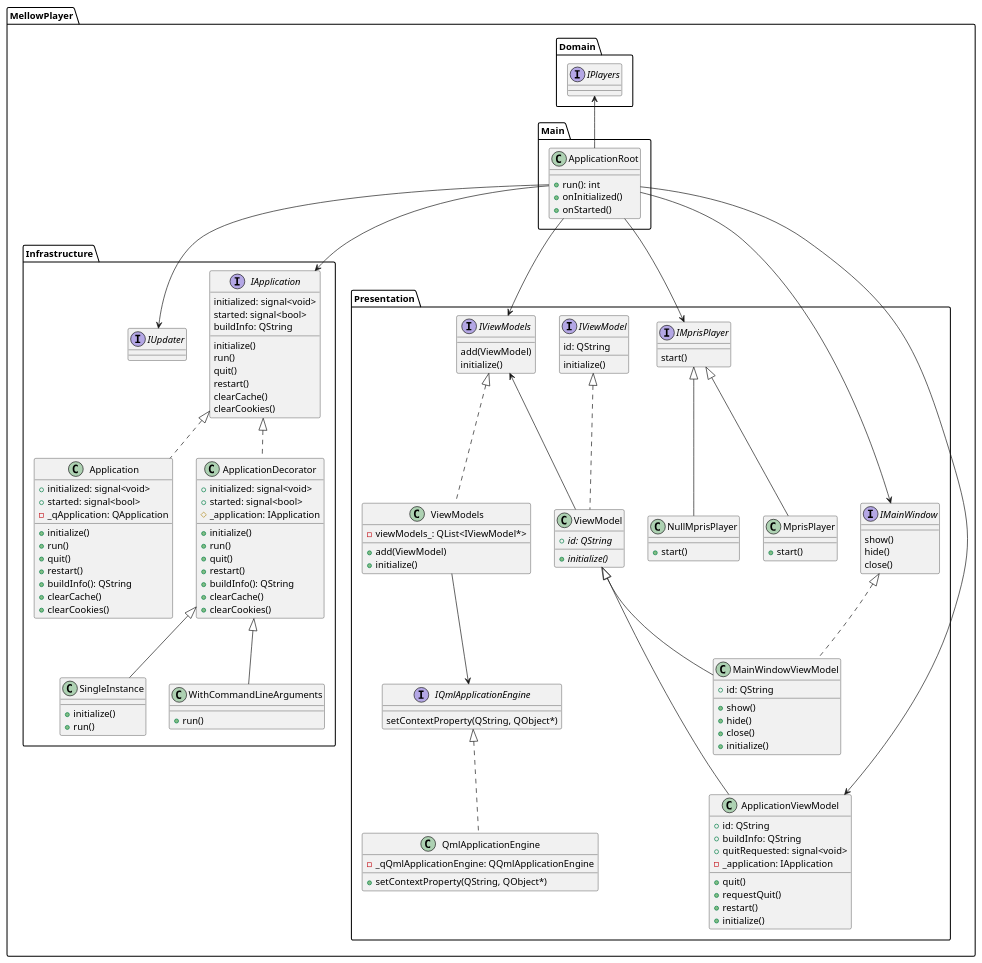
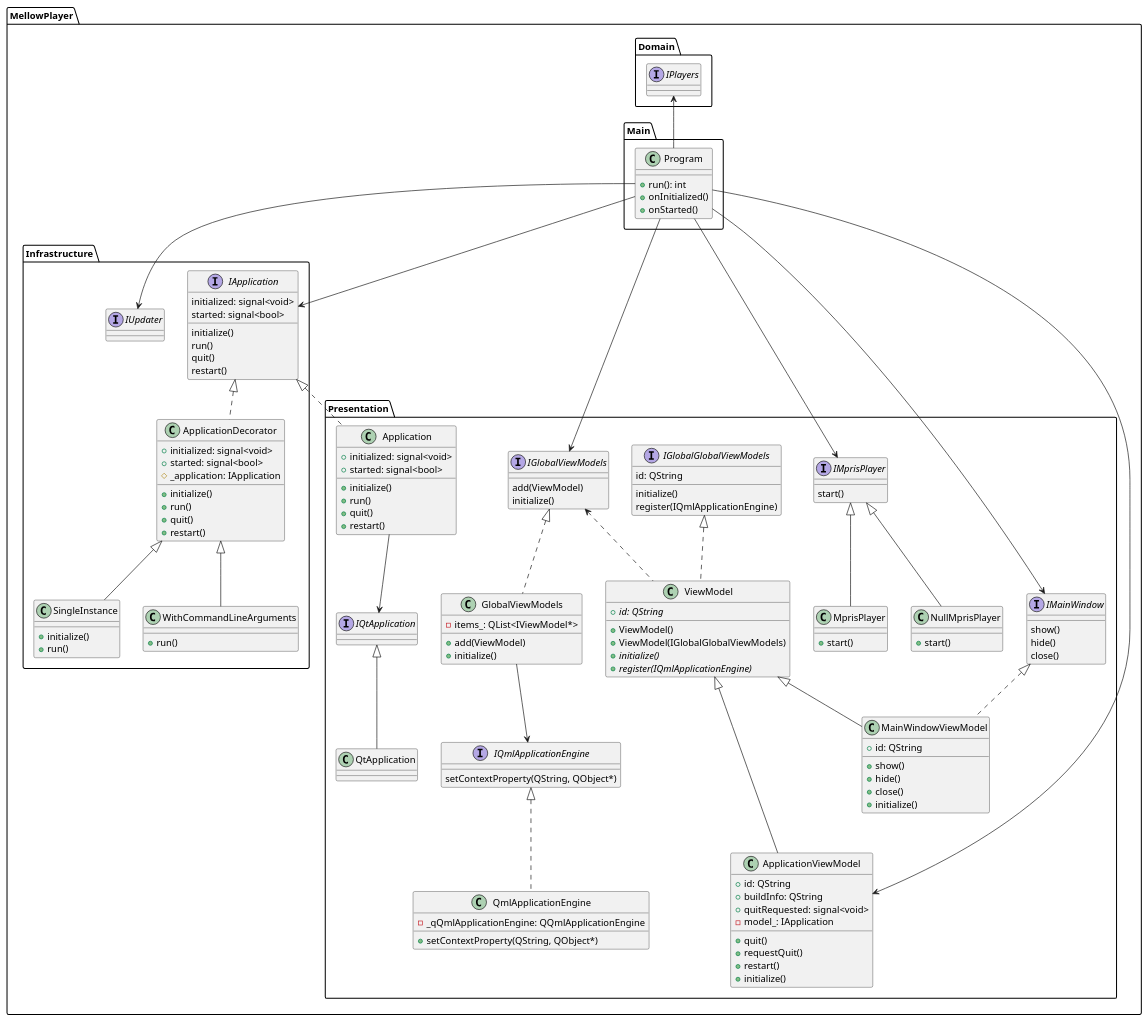
Before and after one commit to ColinDuquesnoy/MellowPlayer: the diagram in docs/developers/PlantUml/Application.puml, drawn with PlantUML. The commit also changed 2 other files, not shown here.

Commit message:
Work on new application design

```diff
--- a/docs/developers/PlantUml/Application.puml
+++ b/docs/developers/PlantUml/Application.puml
@@ -1,171 +1,172 @@
 @startuml
 
 namespace MellowPlayer.Main {
-    class ApplicationRoot {
+    class Program {
         + run(): int
         + onInitialized()
         + onStarted()
 
     }
-    ApplicationRoot --> MellowPlayer.Infrastructure.IApplication
-    ApplicationRoot --> MellowPlayer.Presentation.IViewModels
-    ApplicationRoot --> MellowPlayer.Presentation.IMainWindow
-    ApplicationRoot --> MellowPlayer.Presentation.IMprisPlayer
-    ApplicationRoot --> MellowPlayer.Presentation.ApplicationViewModel
-    ApplicationRoot -up-> MellowPlayer.Domain.IPlayers
-    ApplicationRoot --> MellowPlayer.Infrastructure.IUpdater
+    Program --> MellowPlayer.Infrastructure.IApplication
+    Program --> MellowPlayer.Presentation.IGlobalViewModels
+    Program --> MellowPlayer.Presentation.IMainWindow
+    Program --> MellowPlayer.Presentation.IMprisPlayer
+    Program --> MellowPlayer.Presentation.ApplicationViewModel
+    Program -up-> MellowPlayer.Domain.IPlayers
+    Program --> MellowPlayer.Infrastructure.IUpdater
 }
 
 namespace MellowPlayer.Domain {
     interface IPlayers
 }
 
 namespace MellowPlayer.Infrastructure {
     interface IUpdater
 
     interface IApplication {
         initialized: signal<void>
         started: signal<bool>
         initialize()
         run()
         quit()
         restart()
-        buildInfo: QString
-        clearCache()
-        clearCookies()
     }
-
-    class Application {
-        + initialized: signal<void>
-        + started: signal<bool>
-        - _qApplication: QApplication
-        + initialize()
-        + run()
-        + quit()
-        + restart()
-        + buildInfo(): QString
-        + clearCache()
-        + clearCookies()
-    }
-    IApplication <|.. Application
 
     class ApplicationDecorator {
         + initialized: signal<void>
         + started: signal<bool>
         # _application: IApplication
         + initialize()
         + run()
         + quit()
         + restart()
-        + buildInfo(): QString
-        + clearCache()
-        + clearCookies()
     }
 
     IApplication <|.. ApplicationDecorator
 
     class SingleInstance {
         + initialize()
         + run()
     }
     ApplicationDecorator <|-- SingleInstance
 
     class WithCommandLineArguments {
         + run()
     }
     ApplicationDecorator <|-- WithCommandLineArguments
 }
 
 namespace MellowPlayer.Presentation {
+    interface IQtApplication {
+    }
+    class QtApplication {
+
+    }
+    IQtApplication <|-- QtApplication
+    class Application {
+        + initialized: signal<void>
+        + started: signal<bool>
+        + initialize()
+        + run()
+        + quit()
+        + restart()
+    }
+    MellowPlayer.Infrastructure.IApplication <|.. Application
+    Application -down-> IQtApplication
+
     interface IQmlApplicationEngine {
         setContextProperty(QString, QObject*)
     }
     class QmlApplicationEngine {
         - _qQmlApplicationEngine: QQmlApplicationEngine
         +setContextProperty(QString, QObject*)
     }
     IQmlApplicationEngine <|.. QmlApplicationEngine
 
-    interface IViewModel {
+    interface IGlobalGlobalViewModels {
         id: QString
         initialize()
+        register(IQmlApplicationEngine)
     }
 
     class ViewModel {
+        + ViewModel()
+        + ViewModel(IGlobalGlobalViewModels)
         + {abstract} id: QString
         + {abstract} initialize()
+        + {abstract} register(IQmlApplicationEngine)
     }
-    IViewModel <|.. ViewModel
-    ViewModel -up-> IViewModels
+    IGlobalGlobalViewModels <|.. ViewModel
+    ViewModel .up.> IGlobalViewModels
 
-    interface IViewModels {
+    interface IGlobalViewModels {
         add(ViewModel)
         initialize()
     }
 
-    class ViewModels {
-        - viewModels_: QList<IViewModel*>
+    class GlobalViewModels {
+        - items_: QList<IViewModel*>
         + add(ViewModel)
         + initialize()
     }
-    IViewModels <|.. ViewModels
-    ViewModels --> IQmlApplicationEngine
+    IGlobalViewModels <|.. GlobalViewModels
+    GlobalViewModels --> IQmlApplicationEngine
 
     class ApplicationViewModel {
         + id: QString
         + buildInfo: QString
         + quitRequested: signal<void>
         + quit()
         + requestQuit()
         + restart()
         + initialize()
-        - _application: IApplication
+        - model_: IApplication
     }
     ViewModel <|--- ApplicationViewModel
 
     interface IMainWindow {
         show()
         hide()
         close()
     }
 
     class MainWindowViewModel {
         + id: QString
         + show()
         + hide()
         + close()
         + initialize()
     }
     IMainWindow <|.. MainWindowViewModel
     ViewModel <|-- MainWindowViewModel
 
     interface IMprisPlayer {
         start()
     }
     class MprisPlayer {
         + start()
     }
     IMprisPlayer <|-- MprisPlayer
 
     class NullMprisPlayer {
         + start()
     }
     IMprisPlayer <|-- NullMprisPlayer
 
 }
 
 
 'note bottom
 '
 'int main(argc, argv) {
 '    QApplication qtApp(argc, argv); // bound by instance in injector
 '    // dependency injector setup
 '    ...
 '    auto applicationFactory = injector.create<IApplicationFactory>();
 '    auto app = applicationFactory.create();
 '    return app->run();
 '}
 '
 'end note
 
 @enduml
```
